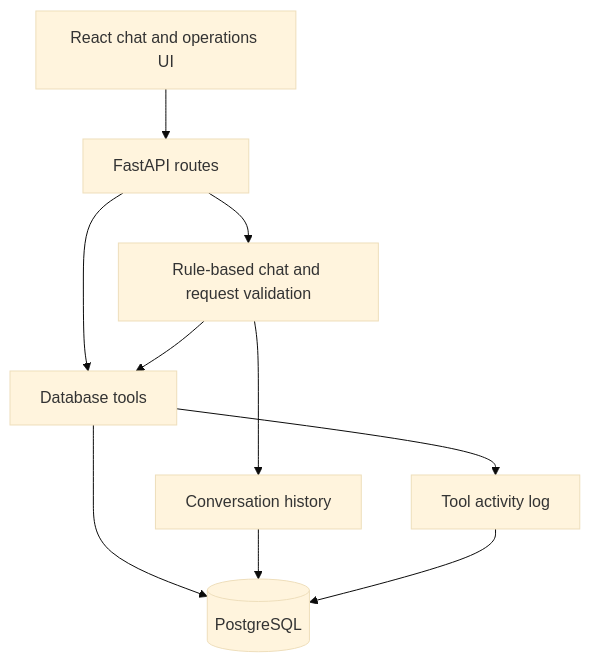
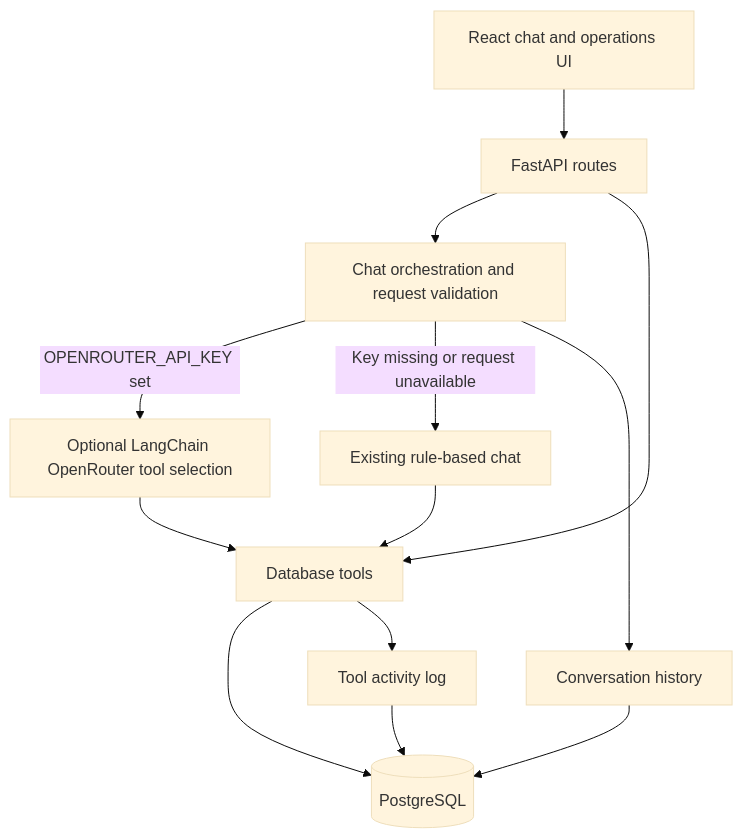
The diagram in README.md (tamannah1234/real-estate-portfolio-analyst), drawn with Mermaid (base theme) before and after one commit. The commit also changed other lines of this file and 6 other files, not shown here.

````diff
--- a/README.md
+++ b/README.md
@@ -7,12 +7,15 @@
 ```mermaid
 flowchart TD
     Browser[React chat and operations UI] --> API[FastAPI routes]
-    API --> Chat[Rule-based chat and request validation]
+    API --> Chat[Chat orchestration and request validation]
+    Chat -->|OPENROUTER_API_KEY set| LLM[Optional LangChain OpenRouter tool selection]
+    Chat -->|Key missing or request unavailable| Rules[Existing rule-based chat]
+    LLM --> Tools[Allowlisted backend tools]
     API --> Tools[Database tools]
-    Chat --> Tools
+    Rules --> Tools
     Tools --> DB[(PostgreSQL)]
     Chat --> Conversation[Conversation history]
     Conversation --> DB
     Tools --> Activity[Tool activity log]
     Activity --> DB
 ```
````
